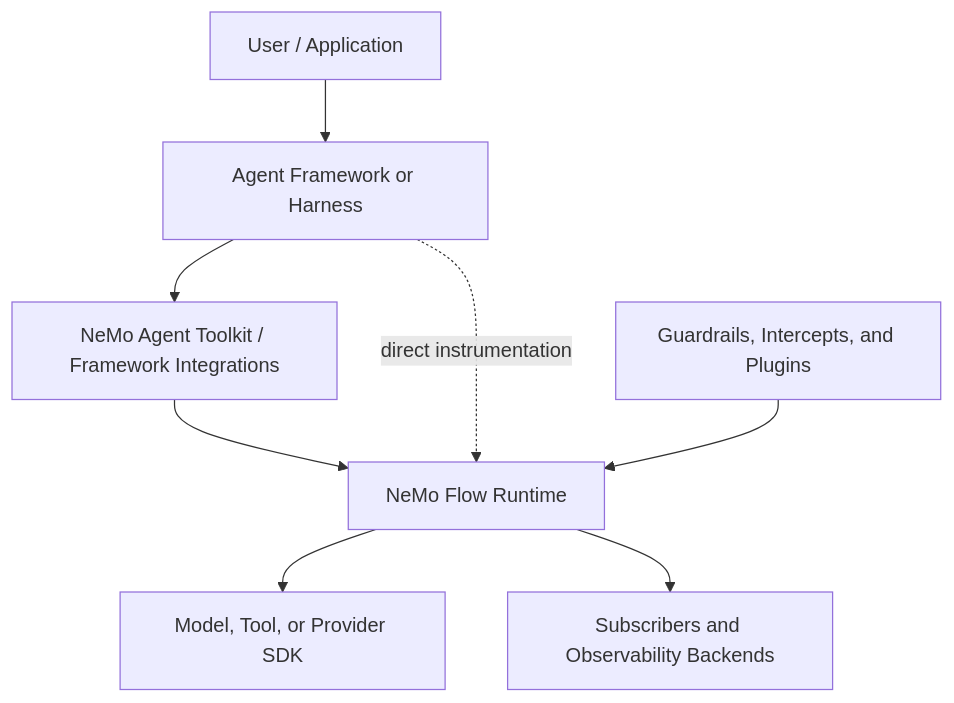
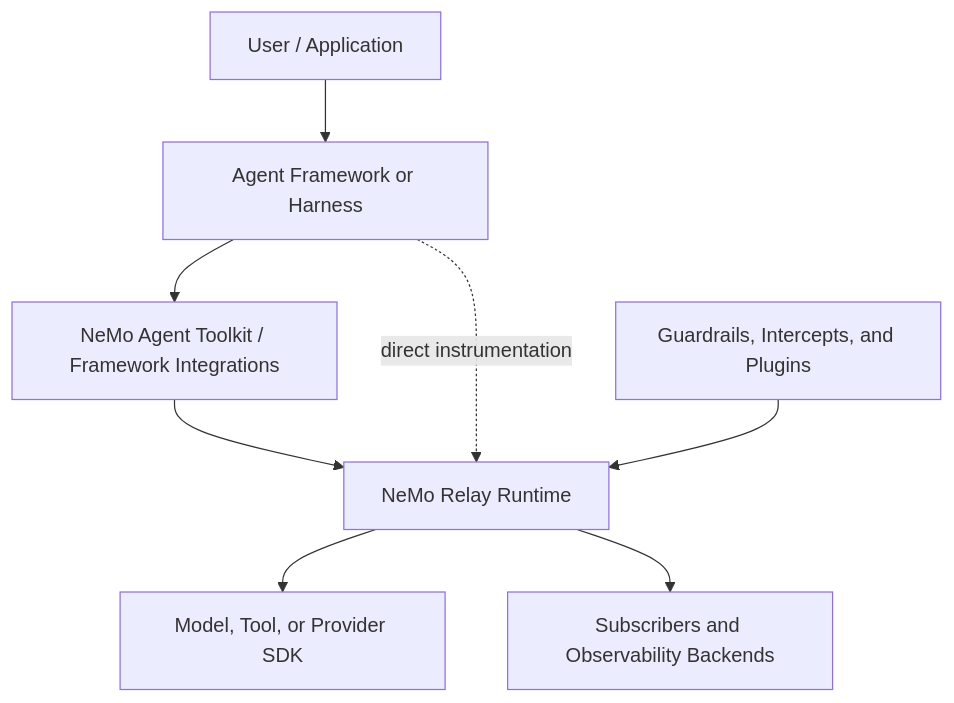
Before and after one commit to NVIDIA/NeMo-Relay: the diagram in docs/about/ecosystem.md, drawn with Mermaid. The commit also changed other lines of this file and 715 other files, not shown here.

````diff
--- a/docs/about/ecosystem.md
+++ b/docs/about/ecosystem.md
@@ -41,25 +41,25 @@
 ```{mermaid}
 flowchart TB
     User[User / Application]
     Framework[Agent Framework or Harness]
     Toolkit[NeMo Agent Toolkit / Framework Integrations]
-    Flow[NeMo Flow Runtime]
+    Flow[NeMo Relay Runtime]
     Provider[Model, Tool, or Provider SDK]
     Obs[Subscribers and Observability Backends]
     Policy[Guardrails, Intercepts, and Plugins]
 
     User --> Framework
     Framework --> Toolkit
     Toolkit --> Flow
     Framework -. direct instrumentation .-> Flow
     Flow --> Provider
     Policy --> Flow
     Flow --> Obs
 
     class Framework yellow-lightest;
     class Toolkit blue-lightest;
     class Flow green-light;
     class Provider purple-lightest;
     class Obs grey-light;
     class Policy green-lightest;
 ```
````
